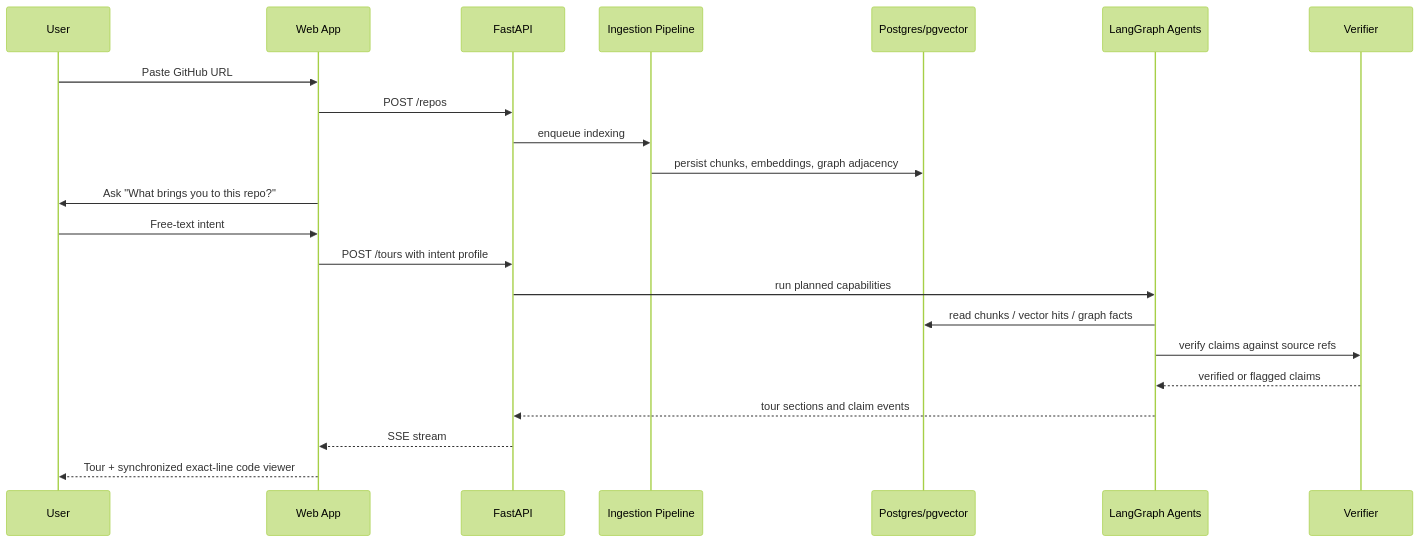
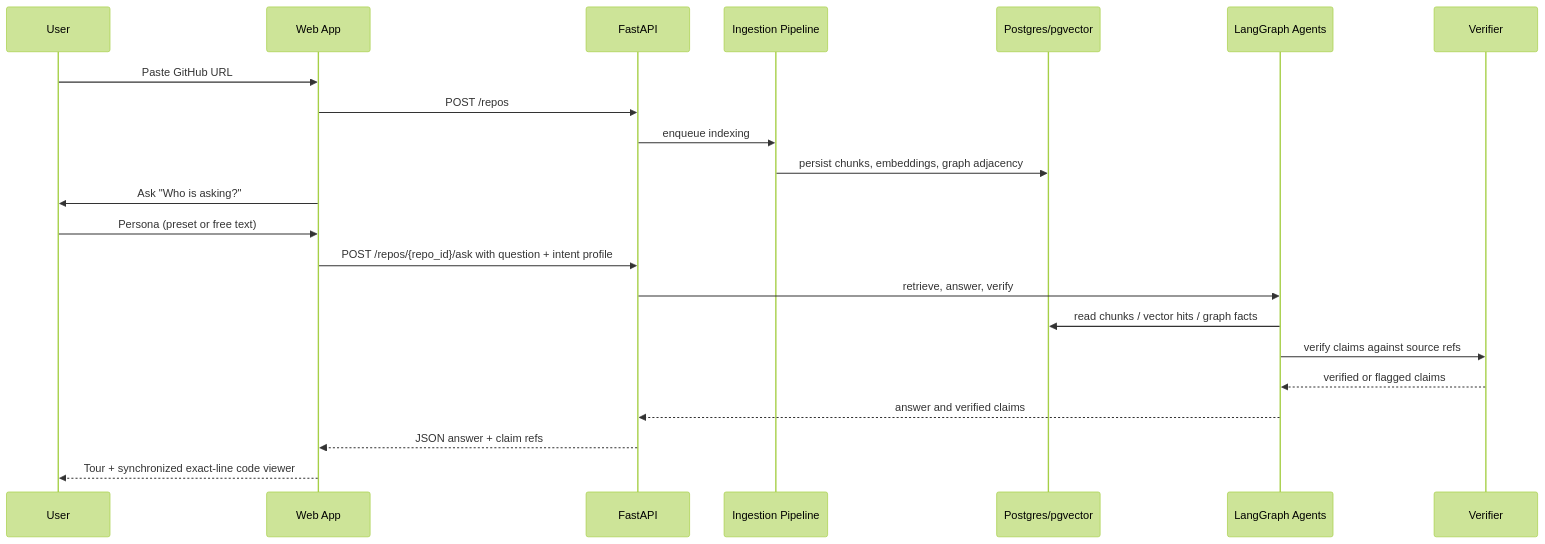
The second of 5 diagrams in README.md (ayushkumar320/RepoPilot), drawn with Mermaid (forest theme) before and after one commit. The commit also changed other lines of this file and 25 other files, not shown here.

Commit message:
removed tour and added persona

````diff
--- a/README.md
+++ b/README.md
@@ -73,25 +73,25 @@
 ```mermaid
 sequenceDiagram
     participant U as User
     participant W as Web App
     participant A as FastAPI
     participant I as Ingestion Pipeline
     participant DB as Postgres/pgvector
     participant G as LangGraph Agents
     participant V as Verifier
 
     U->>W: Paste GitHub URL
     W->>A: POST /repos
     A->>I: enqueue indexing
     I->>DB: persist chunks, embeddings, graph adjacency
-    W->>U: Ask "What brings you to this repo?"
-    U->>W: Free-text intent
-    W->>A: POST /tours with intent profile
-    A->>G: run planned capabilities
+    W->>U: Ask "Who is asking?"
+    U->>W: Persona (preset or free text)
+    W->>A: POST /repos/{repo_id}/ask with question + intent profile
+    A->>G: retrieve, answer, verify
     G->>DB: read chunks / vector hits / graph facts
     G->>V: verify claims against source refs
     V-->>G: verified or flagged claims
-    G-->>A: tour sections and claim events
-    A-->>W: SSE stream
+    G-->>A: answer and verified claims
+    A-->>W: JSON answer + claim refs
     W-->>U: Tour + synchronized exact-line code viewer
 ```
````
